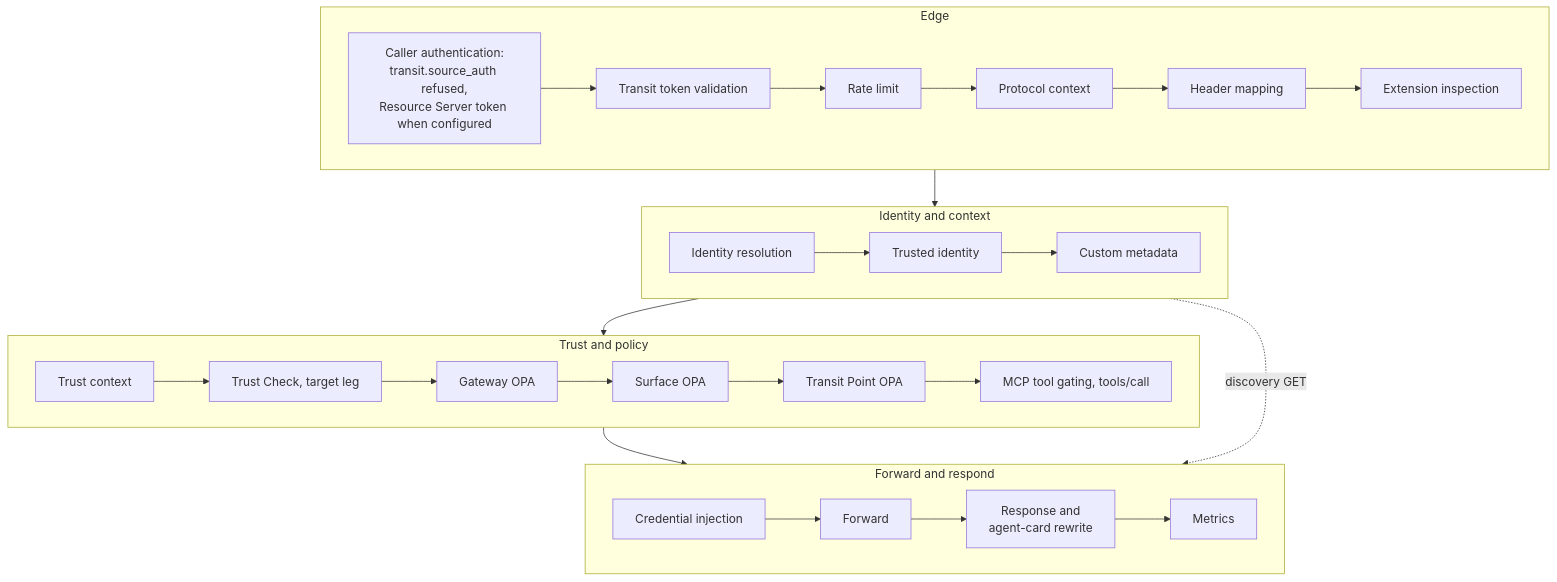
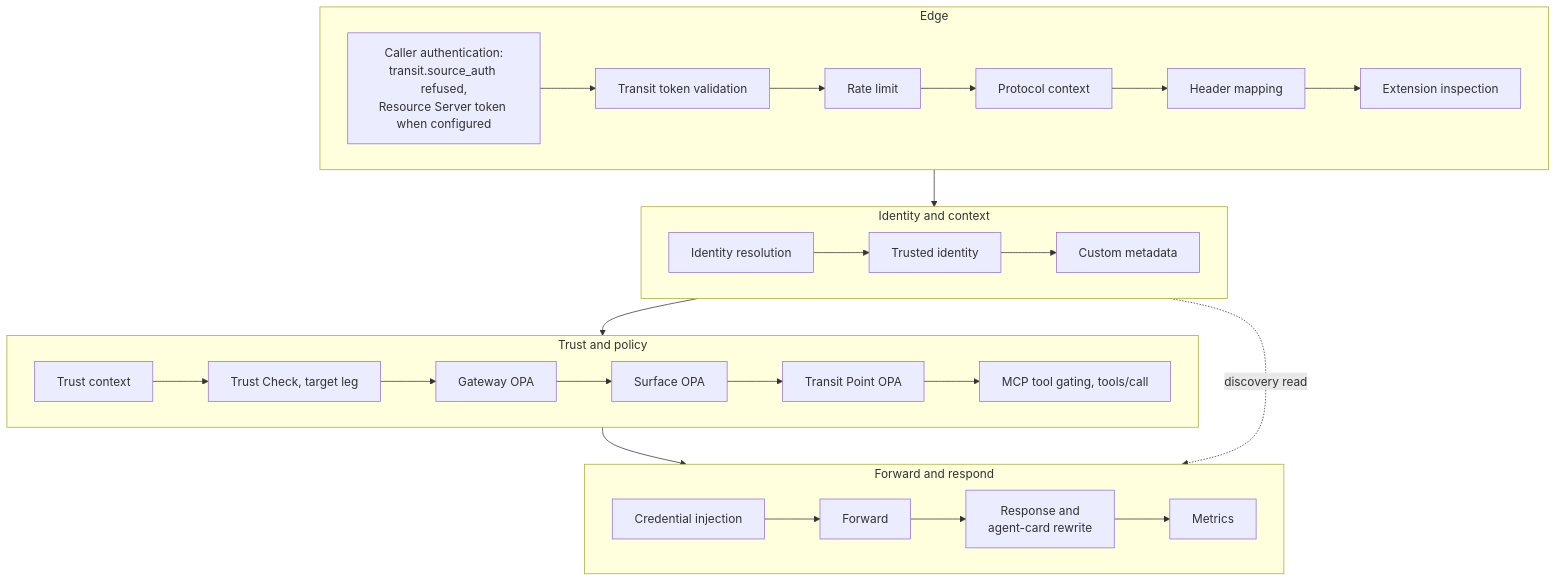
One commit to affinidi-ai/agent-gateway changed the second of 4 diagrams in ARCHITECTURE.md. Above: the diagram before and after it, drawn with Mermaid. The commit also changed other lines of this file and 11 other files, not shown here.

````diff
--- a/ARCHITECTURE.md
+++ b/ARCHITECTURE.md
@@ -171,21 +171,21 @@
 ```mermaid
 flowchart TB
     subgraph E["Edge"]
         direction LR
         AR["Caller authentication:<br/>transit.source_auth refused,<br/>Resource Server token when configured"] --> A0[Transit token validation] --> A2[Rate limit] --> A3[Protocol context] --> A4[Header mapping] --> A5[Extension inspection]
     end
     subgraph I["Identity and context"]
         direction LR
         B1[Identity resolution] --> B2[Trusted identity] --> B3[Custom metadata]
     end
     subgraph P["Trust and policy"]
         direction LR
         C0[Trust context] --> C1["Trust Check, target leg"] --> C2[Gateway OPA] --> C3[Surface OPA] --> C4[Transit Point OPA] --> C5["MCP tool gating, tools/call"]
     end
     subgraph F["Forward and respond"]
         direction LR
         D0[Credential injection] --> D1[Forward] --> D2["Response and<br/>agent-card rewrite"] --> D3[Metrics]
     end
     E --> I --> P --> F
-    I -. discovery GET .-> F
+    I -. discovery read .-> F
 ```
````
